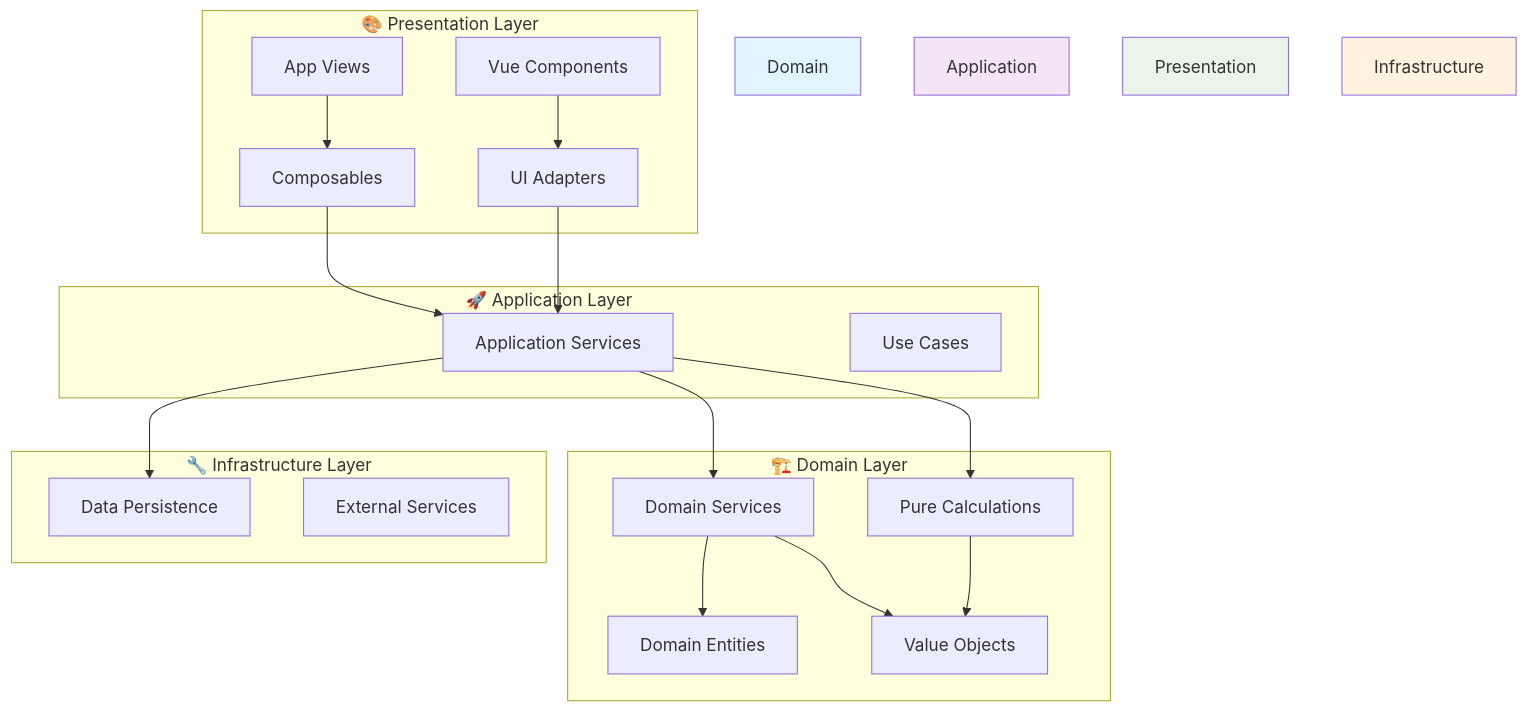
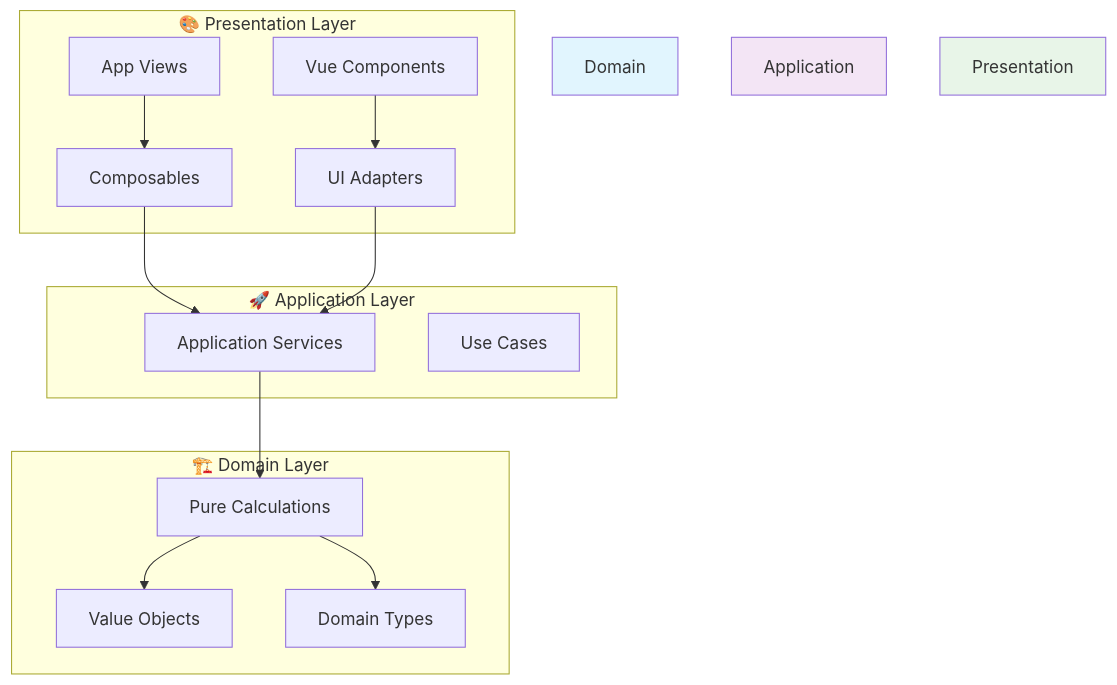
One commit to AleksejDix/grundstein changed the first of 6 diagrams in docs/ARCHITECTURE.md. Above: the diagram before and after it, drawn with Mermaid. The commit also changed other lines of this file and 6 other files, not shown here.

````diff
--- a/docs/ARCHITECTURE.md
+++ b/docs/ARCHITECTURE.md
@@ -11,42 +11,32 @@
 ```mermaid
 graph TB
     subgraph "🎨 Presentation Layer"
         UI[Vue Components]
         Views[App Views]
         Composables[Composables]
         Adapters[UI Adapters]
     end
 
     subgraph "🚀 Application Layer"
         AppServices[Application Services]
         UseCases[Use Cases]
     end
 
     subgraph "🏗️ Domain Layer"
-        Entities[Domain Entities]
         ValueObjects[Value Objects]
-        DomainServices[Domain Services]
+        DomainTypes[Domain Types]
         Calculations[Pure Calculations]
-    end
-
-    subgraph "🔧 Infrastructure Layer"
-        Persistence[Data Persistence]
-        External[External Services]
     end
 
     UI --> Adapters
     Views --> Composables
     Composables --> AppServices
     Adapters --> AppServices
-    AppServices --> DomainServices
     AppServices --> Calculations
-    DomainServices --> ValueObjects
-    DomainServices --> Entities
     Calculations --> ValueObjects
-    AppServices --> Persistence
+    Calculations --> DomainTypes
 
     style Domain fill:#e1f5fe
     style Application fill:#f3e5f5
     style Presentation fill:#e8f5e8
-    style Infrastructure fill:#fff3e0
 ```
````
